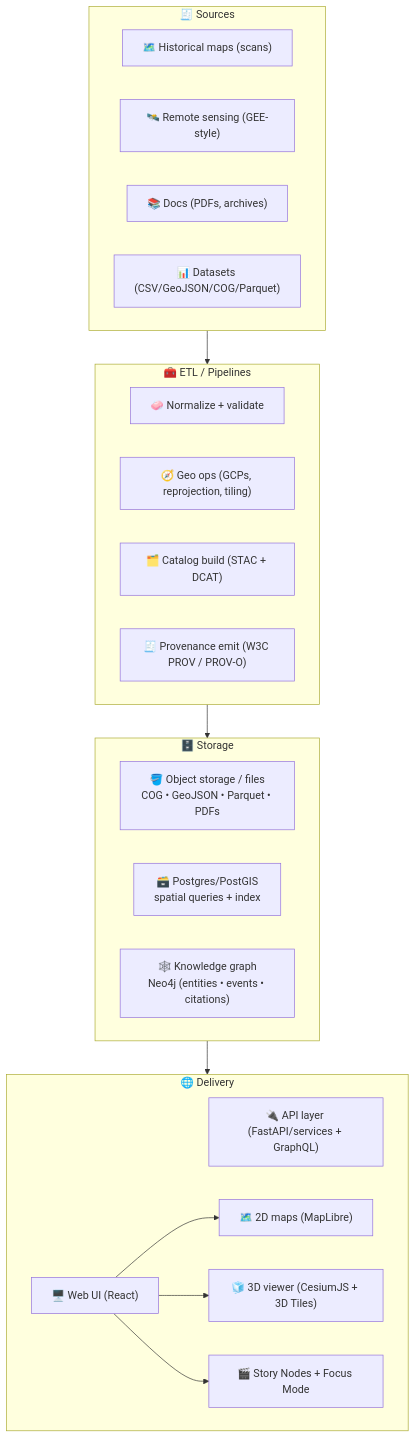
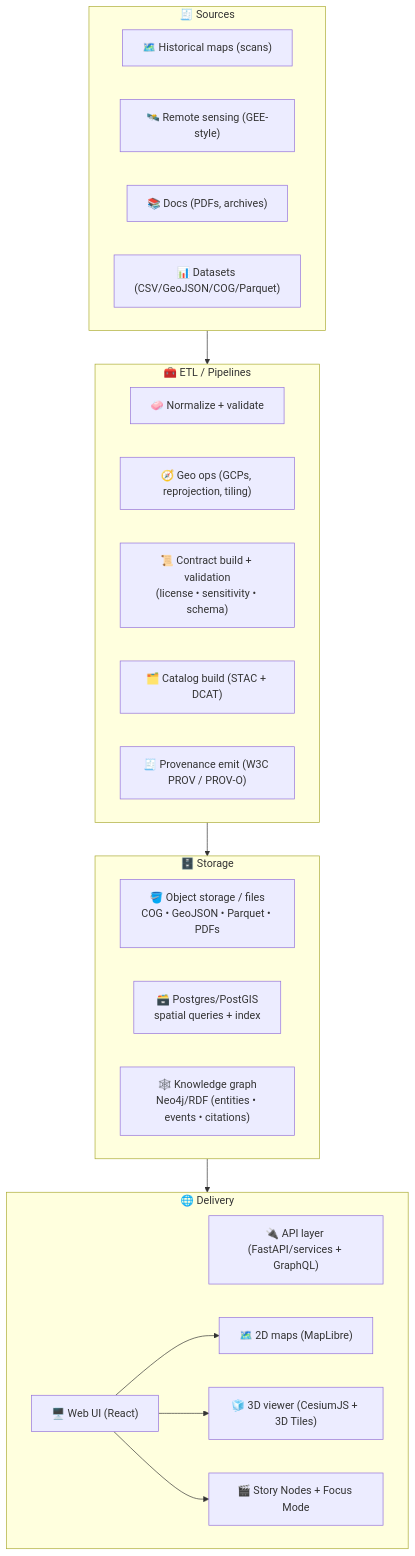
The fourth of 5 diagrams in README.md (bartytime4life/Kansas-Frontier-Matrix), drawn with Mermaid before and after one commit. The commit also changed other lines of this file, not shown here.

````diff
--- a/README.md
+++ b/README.md
@@ -263,35 +347,36 @@
 ```mermaid
 flowchart TB
   subgraph Sources["🧾 Sources"]
     A["🗺️ Historical maps (scans)"]
     B["🛰️ Remote sensing (GEE-style)"]
     C["📚 Docs (PDFs, archives)"]
     D["📊 Datasets (CSV/GeoJSON/COG/Parquet)"]
   end
 
   subgraph Pipelines["🧰 ETL / Pipelines"]
     E["🧼 Normalize + validate"]
     F["🧭 Geo ops (GCPs, reprojection, tiling)"]
+    DC["📜 Contract build + validation<br/>(license • sensitivity • schema)"]
     G["🗂️ Catalog build (STAC + DCAT)"]
     H["🧾 Provenance emit (W3C PROV / PROV-O)"]
   end
 
   subgraph Storage["🗄️ Storage"]
     I["🪣 Object storage / files<br/>COG • GeoJSON • Parquet • PDFs"]
     J["🗃️ Postgres/PostGIS<br/>spatial queries + index"]
-    K["🕸️ Knowledge graph<br/>Neo4j (entities • events • citations)"]
+    K["🕸️ Knowledge graph<br/>Neo4j/RDF (entities • events • citations)"]
   end
 
   subgraph Delivery["🌐 Delivery"]
     L["🔌 API layer (FastAPI/services + GraphQL)"]
     M["🖥️ Web UI (React)"]
     N["🗺️ 2D maps (MapLibre)"]
     O["🧊 3D viewer (CesiumJS + 3D Tiles)"]
     P["🎬 Story Nodes + Focus Mode"]
   end
 
   Sources --> Pipelines --> Storage --> Delivery
   M --> N
   M --> O
   M --> P
 ```
````
